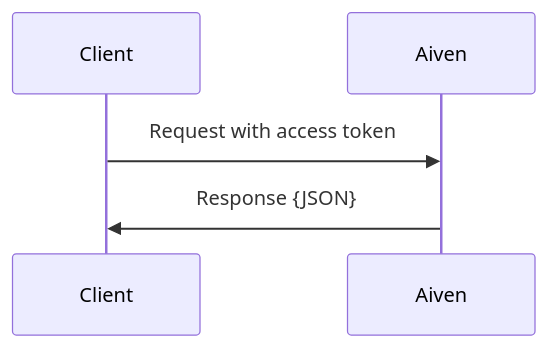
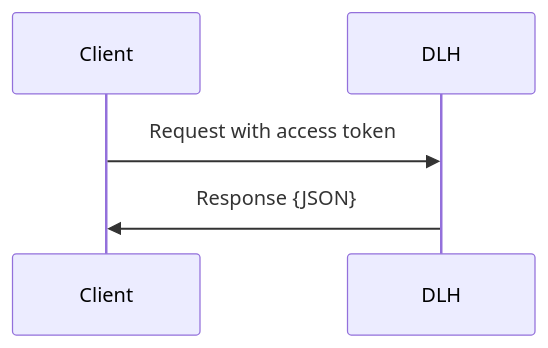
The diagram in docs/tools/api/index.rst (datalakehouse/docs), drawn with Mermaid before and after one commit. The commit also changed other lines of this file and 133 other files, not shown here.

```diff
--- a/docs/tools/api/index.rst
+++ b/docs/tools/api/index.rst
@@ -19,8 +19,8 @@
 .. mermaid::
 
     sequenceDiagram
         participant Client
-        participant Aiven
+        participant DLH
 
-        Client->>Aiven: Request with access token
-        Aiven->>Client: Response {JSON}
+        Client->>DLH: Request with access token
+        DLH->>Client: Response {JSON}
```
